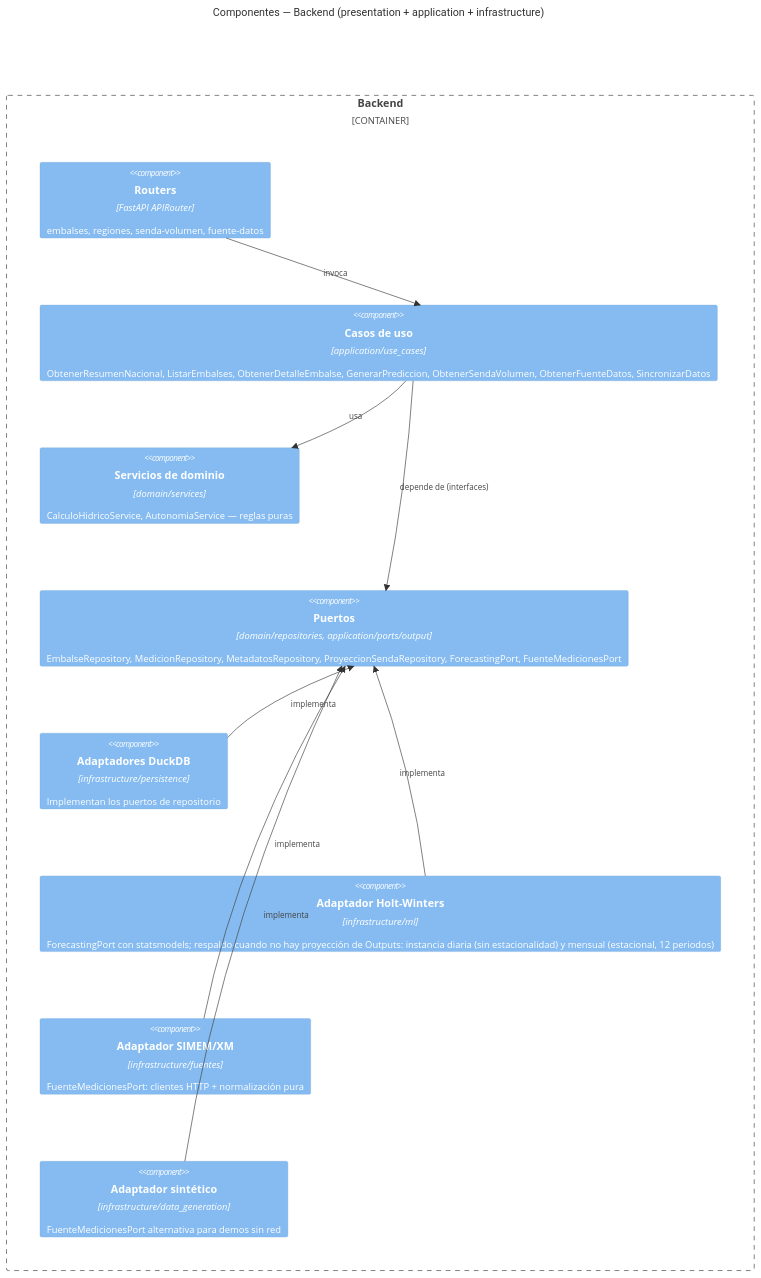
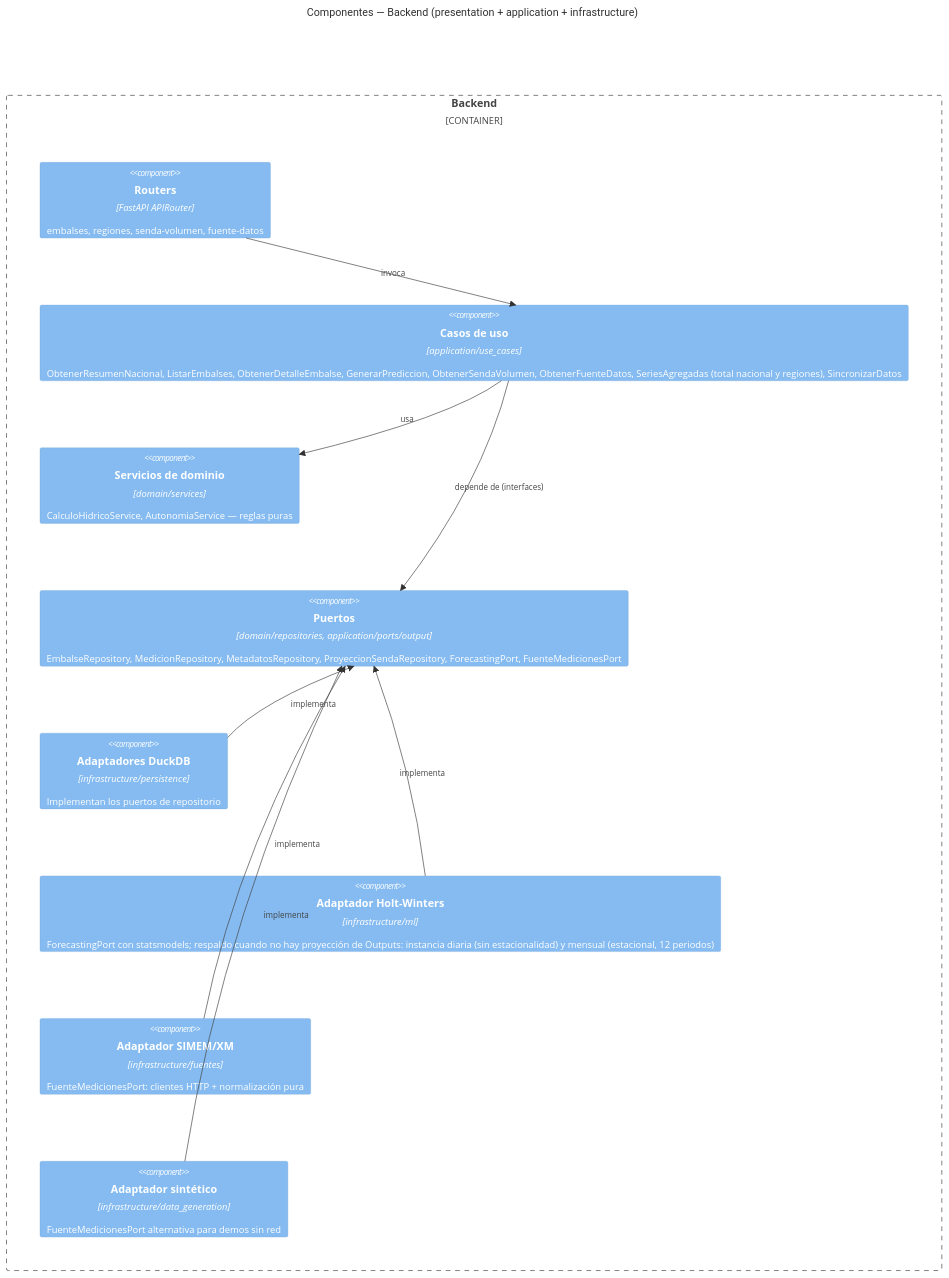
Before and after one commit to alerogoz85/plataforma-embalses: the third of 3 diagrams in README.md, drawn with Mermaid. The commit also changed other lines of this file, not shown here.

````diff
--- a/README.md
+++ b/README.md
@@ -107,23 +107,23 @@
 ```mermaid
 C4Component
     title Componentes — Backend (presentation + application + infrastructure)
 
     Container_Boundary(api, "Backend") {
         Component(routers, "Routers", "FastAPI APIRouter", "embalses, regiones, senda-volumen, fuente-datos")
-        Component(usecases, "Casos de uso", "application/use_cases", "ObtenerResumenNacional, ListarEmbalses, ObtenerDetalleEmbalse, GenerarPrediccion, ObtenerSendaVolumen, ObtenerFuenteDatos, SincronizarDatos")
+        Component(usecases, "Casos de uso", "application/use_cases", "ObtenerResumenNacional, ListarEmbalses, ObtenerDetalleEmbalse, GenerarPrediccion, ObtenerSendaVolumen, ObtenerFuenteDatos, SeriesAgregadas (total nacional y regiones), SincronizarDatos")
         Component(domainsvc, "Servicios de dominio", "domain/services", "CalculoHidricoService, AutonomiaService — reglas puras")
         Component(ports, "Puertos", "domain/repositories, application/ports/output", "EmbalseRepository, MedicionRepository, MetadatosRepository, ProyeccionSendaRepository, ForecastingPort, FuenteMedicionesPort")
         Component(duckdbrepo, "Adaptadores DuckDB", "infrastructure/persistence", "Implementan los puertos de repositorio")
         Component(mlservice, "Adaptador Holt-Winters", "infrastructure/ml", "ForecastingPort con statsmodels; respaldo cuando no hay proyección de Outputs: instancia diaria (sin estacionalidad) y mensual (estacional, 12 periodos)")
         Component(fuente, "Adaptador SIMEM/XM", "infrastructure/fuentes", "FuenteMedicionesPort: clientes HTTP + normalización pura")
         Component(sintetica, "Adaptador sintético", "infrastructure/data_generation", "FuenteMedicionesPort alternativa para demos sin red")
     }
 
     Rel(routers, usecases, "invoca")
     Rel(usecases, domainsvc, "usa")
     Rel(usecases, ports, "depende de (interfaces)")
     Rel(duckdbrepo, ports, "implementa")
     Rel(mlservice, ports, "implementa")
     Rel(fuente, ports, "implementa")
     Rel(sintetica, ports, "implementa")
 ```
````
